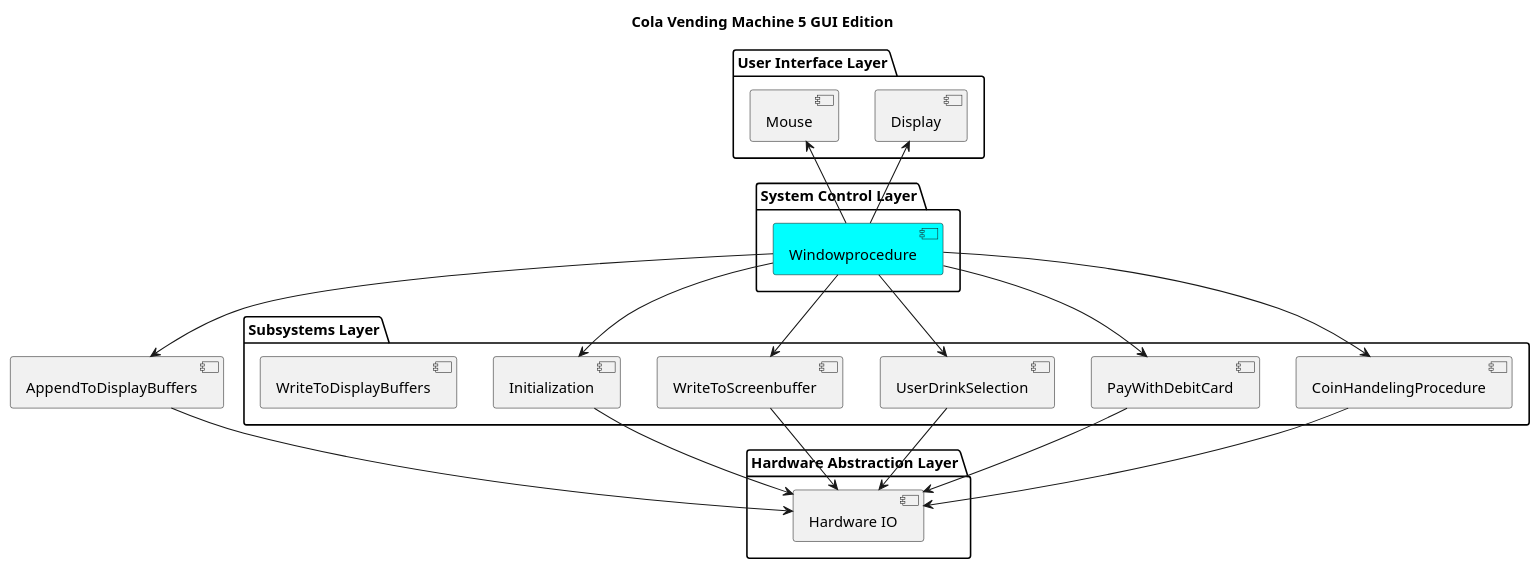
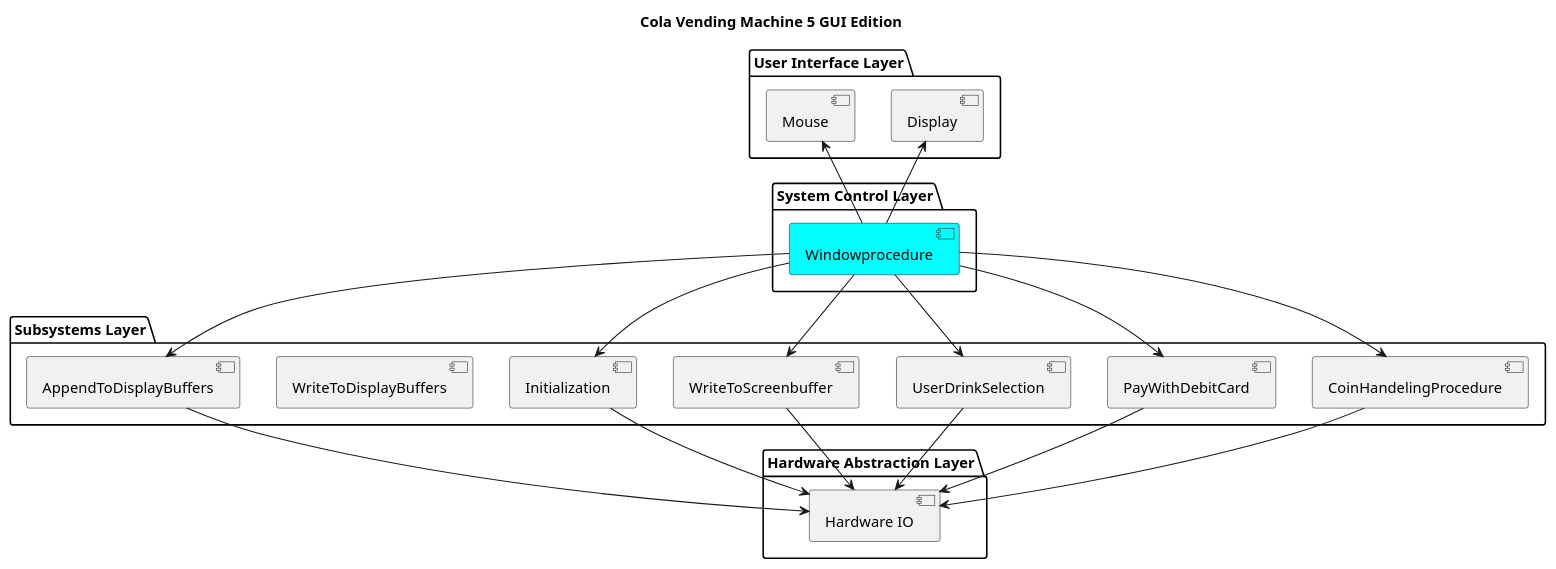
One commit to CupOfEspresso/ColaVendingMachine-5 changed the diagram in Source/ColaVendingMachineGui/ColaVendingMachine-5-layer.puml. Above: the diagram before and after it, drawn with PlantUML. The commit also changed 2 other files, not shown here.

```diff
--- a/Source/ColaVendingMachineGui/ColaVendingMachine-5-layer.puml
+++ b/Source/ColaVendingMachineGui/ColaVendingMachine-5-layer.puml
@@ -1,44 +1,45 @@
 @startuml
 
 title Cola Vending Machine 5 GUI Edition
 
 package "User Interface Layer" {
     [Display]
     [Mouse]
 }
 
 package "System Control Layer" {
     [Windowprocedure] #Cyan
 }
 
 package "Subsystems Layer" {
     [CoinHandelingProcedure]
     [PayWithDebitCard]
     [UserDrinkSelection]
     [WriteToScreenbuffer]
     [Initialization]
     [WriteToDisplayBuffers]
+    [AppendToDisplayBuffers]
 }
 
 package "Hardware Abstraction Layer" {
     [Hardware IO]
 }
 
 [Windowprocedure] -up-> [Mouse]
 [Windowprocedure] -up-> [Display]
 
 [Windowprocedure] -down-> [CoinHandelingProcedure]
 [Windowprocedure] -down-> [PayWithDebitCard]
 [Windowprocedure] -down-> [UserDrinkSelection]
 [Windowprocedure] -down-> [WriteToScreenbuffer]
 [Windowprocedure] -down-> [Initialization]
 [Windowprocedure] -down-> [AppendToDisplayBuffers]
 
 [CoinHandelingProcedure] -down-> [Hardware IO]
 [PayWithDebitCard] -down-> [Hardware IO]
 [UserDrinkSelection] -down-> [Hardware IO]
 [WriteToScreenbuffer] -down-> [Hardware IO]
 [Initialization] -down-> [Hardware IO]
 [AppendToDisplayBuffers] -down-> [Hardware IO]
 
 @enduml
```
